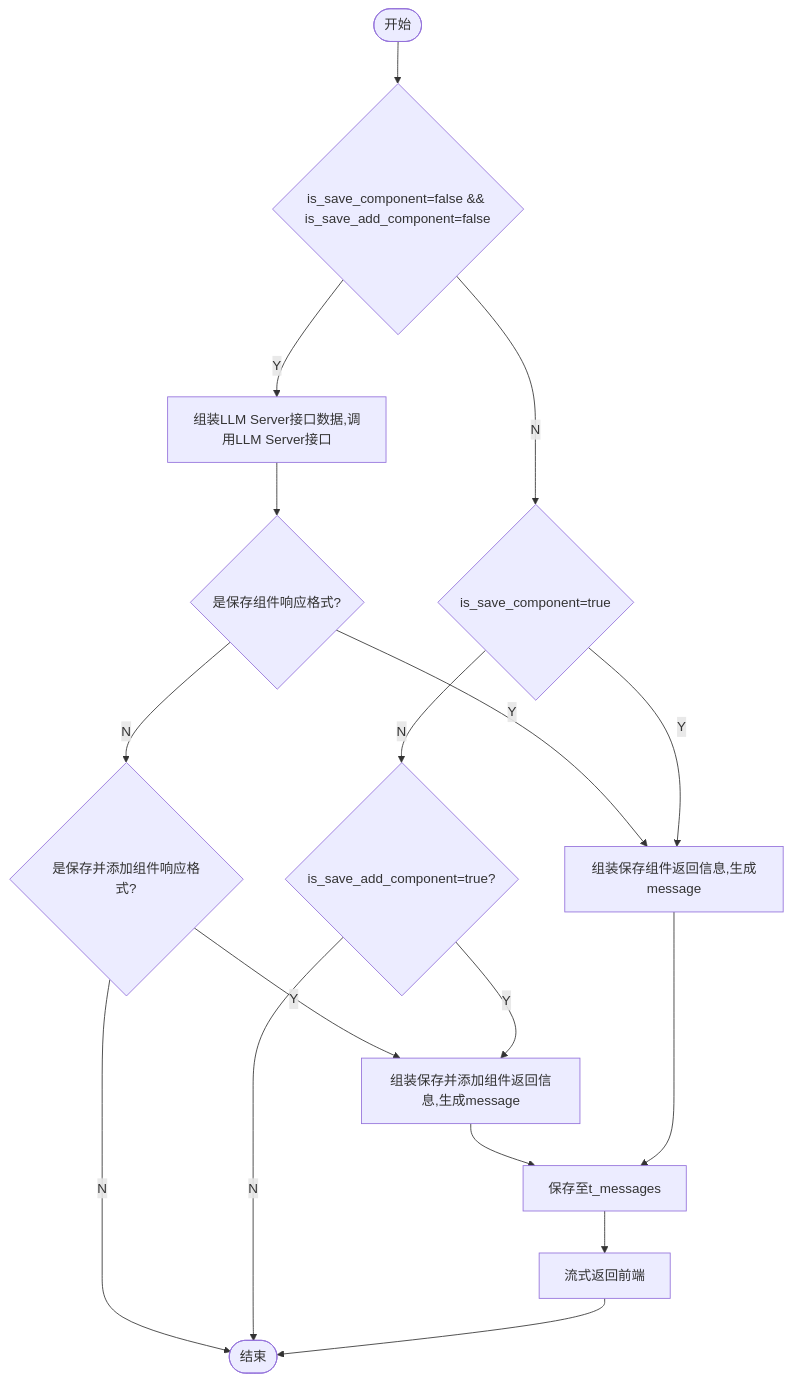
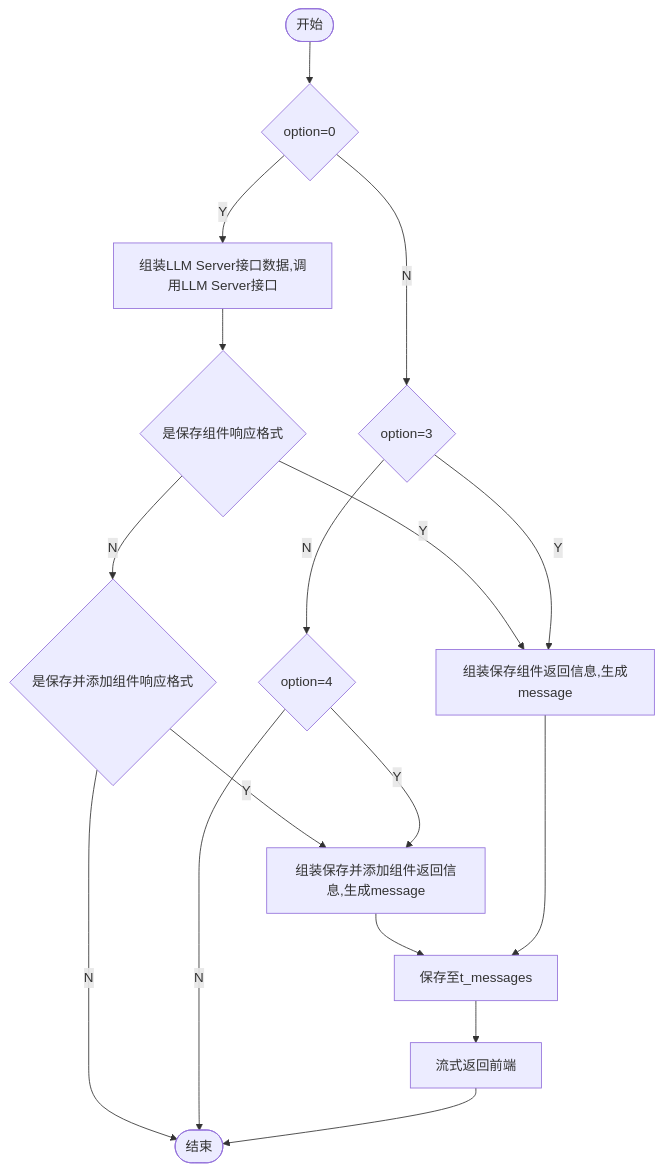
Before and after one commit to yingjianzh/iodraw-files: the diagram in all/添加保存组件.md, drawn with Mermaid.

Commit message:
2024-10-14 13:35:28 update

````diff
--- a/all/添加保存组件.md
+++ b/all/添加保存组件.md
@@ -1,19 +1,19 @@
 ```mermaid
 flowchart TD
-    A([开始]) --> B{is_save_component=false && is_save_add_component=false}
+    A([开始]) --> B{option=0}
     B -- Y --> C[组装LLM Server接口数据,调用LLM Server接口]
-    B -- N --> D{is_save_component=true}
-    C --> E{是保存组件响应格式?}
+    B -- N --> D{option=3}
+    C --> E{是保存组件响应格式}
     E -- Y --> F[组装保存组件返回信息,生成message]
-    E -- N --> L{是保存并添加组件响应格式?}
+    E -- N --> L{是保存并添加组件响应格式}
     L -- Y --> K
     L -- N --> I
     D -- Y --> F
-    D -- N --> J{is_save_add_component=true?}
+    D -- N --> J{option=4}
     J -- Y --> K[组装保存并添加组件返回信息,生成message]
     K --> G
     J -- N --> I
     F --> G[保存至t_messages]
     G --> H[流式返回前端]
     H --> I([结束])
 ```
````
